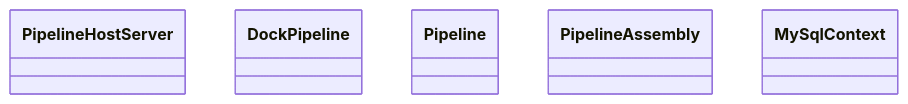
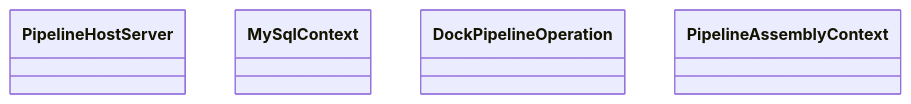
Before and after one commit to FL-LearningGroup/BeautifulData-Server: the diagram in BDS.Runtime.md, drawn with Mermaid. The commit also changed other lines of this file, not shown here.

````diff
--- a/BDS.Runtime.md
+++ b/BDS.Runtime.md
@@ -46,8 +48,7 @@
 ```mermaid
 classDiagram
     class PipelineHostServer
-    class DockPipeline
-    class Pipeline
-    class PipelineAssembly
     class MySqlContext
+    class DockPipelineOperation
+    class PipelineAssemblyContext
 ```
````
